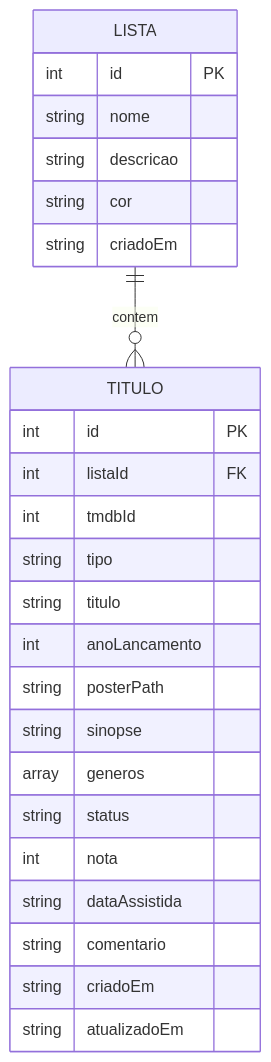
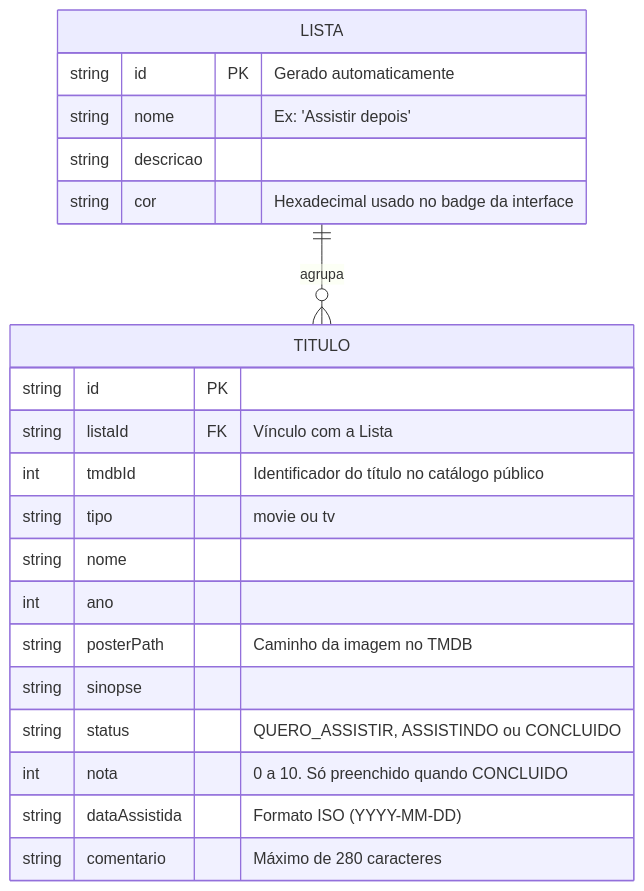
Before and after one commit to douglasauniv-design/cinesi: the diagram in docs/architecture.md, drawn with Mermaid. The commit also changed other lines of this file and 2 other files, not shown here.

````diff
--- a/docs/architecture.md
+++ b/docs/architecture.md
@@ -45,30 +11,24 @@
 ```mermaid
 erDiagram
-    LISTA ||--o{ TITULO : contem
-
+    LISTA ||--o{ TITULO : "agrupa"
     LISTA {
-        int id PK
+        string id PK "Gerado automaticamente"
+        string nome "Ex: 'Assistir depois'"
+        string descricao
+        string cor "Hexadecimal usado no badge da interface"
+    }
+    TITULO {
+        string id PK
+        string listaId FK "Vínculo com a Lista"
+        int tmdbId "Identificador do título no catálogo público"
+        string tipo "movie ou tv"
         string nome
-        string descricao
-        string cor
-        string criadoEm
-    }
-
-    TITULO {
-        int id PK
-        int listaId FK
-        int tmdbId
-        string tipo
-        string titulo
-        int anoLancamento
-        string posterPath
+        int ano
+        string posterPath "Caminho da imagem no TMDB"
         string sinopse
-        array generos
-        string status
-        int nota
-        string dataAssistida
-        string comentario
-        string criadoEm
-        string atualizadoEm
+        string status "QUERO_ASSISTIR, ASSISTINDO ou CONCLUIDO"
+        int nota "0 a 10. Só preenchido quando CONCLUIDO"
+        string dataAssistida "Formato ISO (YYYY-MM-DD)"
+        string comentario "Máximo de 280 caracteres"
     }
 ```
````
